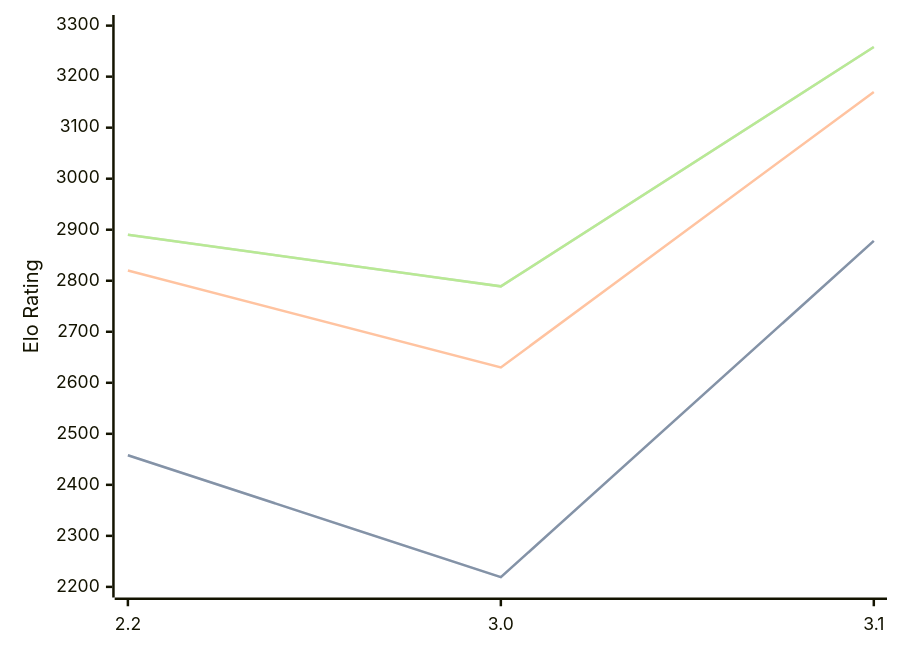
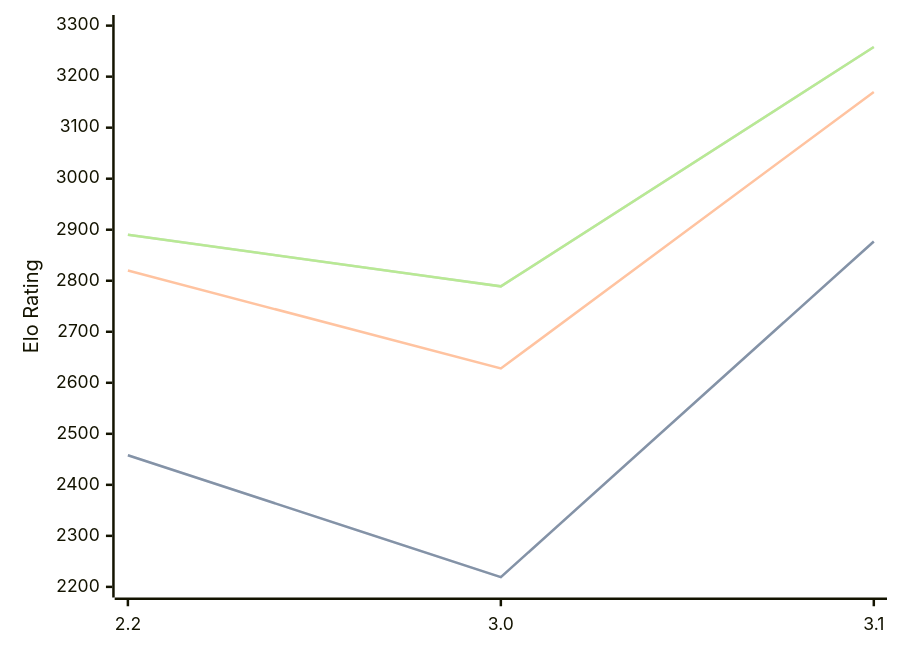
The diagram in engines/Thrawn.md (computer-chess-index/cci), drawn with Mermaid before and after one commit. The commit also changed other lines of this file, not shown here.

````diff
--- a/engines/Thrawn.md
+++ b/engines/Thrawn.md
@@ -33,11 +33,11 @@
 ```mermaid
 %%{init: {"theme":"base","themeVariables":{"seriesColors:['#a3a3a3','#222221','#faa371']}}}%%
 xychart-beta
   x-axis ["2.2", "3.0", "3.1"]
   y-axis "Elo Rating" 2200 --> 3300
-  line "STC (8.0+0.08s)" [2458, 2219, 2878]
-  line "STC (8.0+0.08s)" [2458, 2219, 2878]
-  line "LTC (60.0+0.60s)" [2820, 2630, 3170]
+  line "STC (8.0+0.08s)" [2458, 2219, 2877]
+  line "STC (8.0+0.08s)" [2458, 2219, 2877]
+  line "LTC (60.0+0.60s)" [2820, 2628, 3170]
   line "VLTC (2m24s+1.12s)" [2890, 2789, 3258]
   line "VLTC (2m24s+1.12s)" [2890, 2789, 3258]
 ```
````
